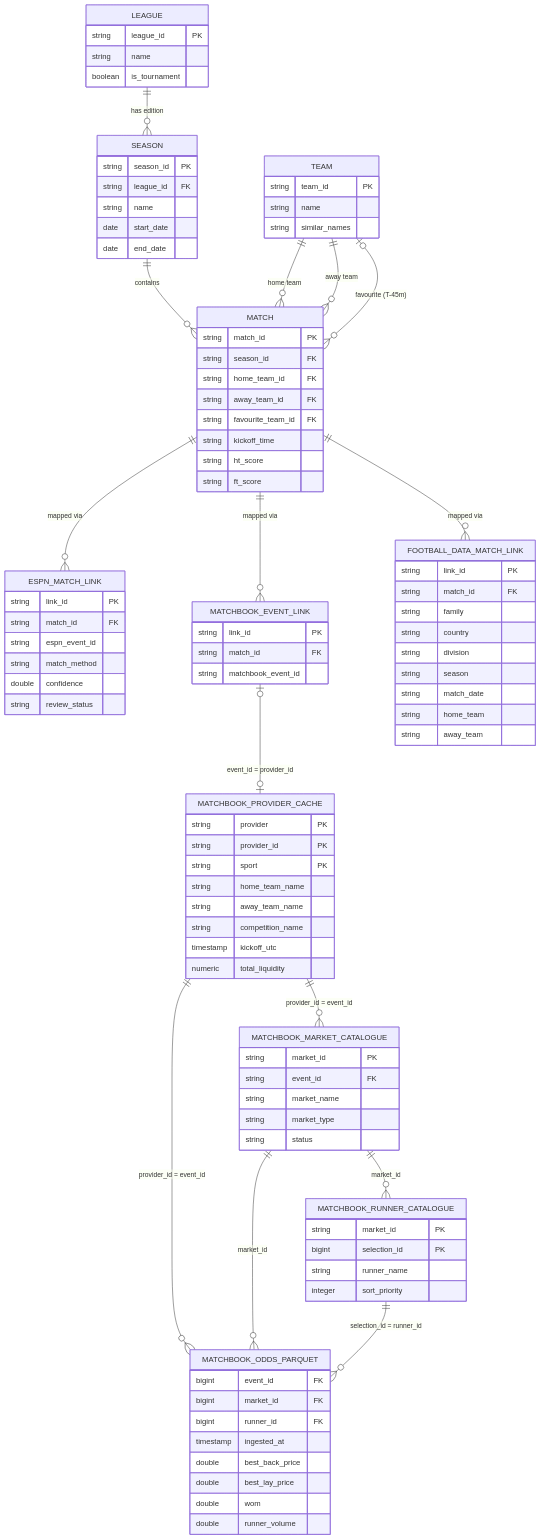
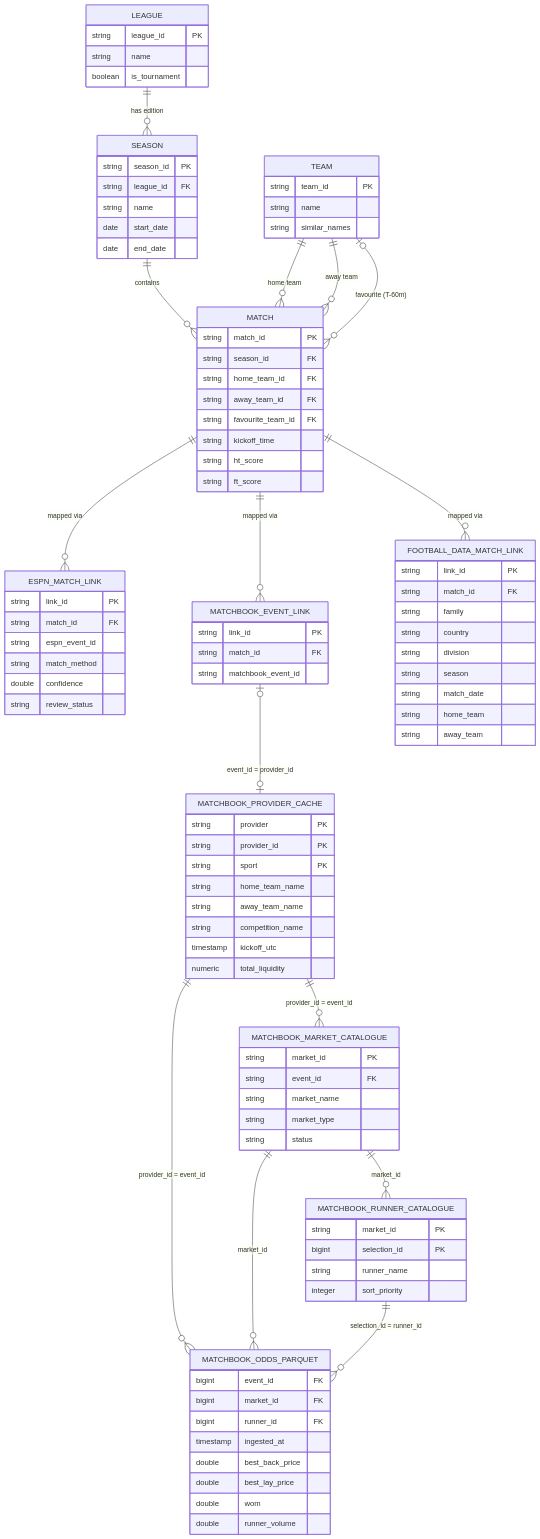
The diagram in ERD.md (dllewellyn/Sports-Data-Ingestion-Pipeline), drawn with Mermaid before and after one commit. The commit also changed other lines of this file and 3 other files, not shown here.

```diff
--- a/ERD.md
+++ b/ERD.md
@@ -54,7 +54,7 @@
     SEASON ||--o{ MATCH : contains
     TEAM ||--o{ MATCH : "home team"
     TEAM ||--o{ MATCH : "away team"
-    TEAM |o--o{ MATCH : "favourite (T-45m)"
+    TEAM |o--o{ MATCH : "favourite (T-60m)"
     MATCH ||--o{ ESPN_MATCH_LINK : "mapped via"
     MATCH ||--o{ MATCHBOOK_EVENT_LINK : "mapped via"
     MATCH ||--o{ FOOTBALL_DATA_MATCH_LINK : "mapped via"
```
